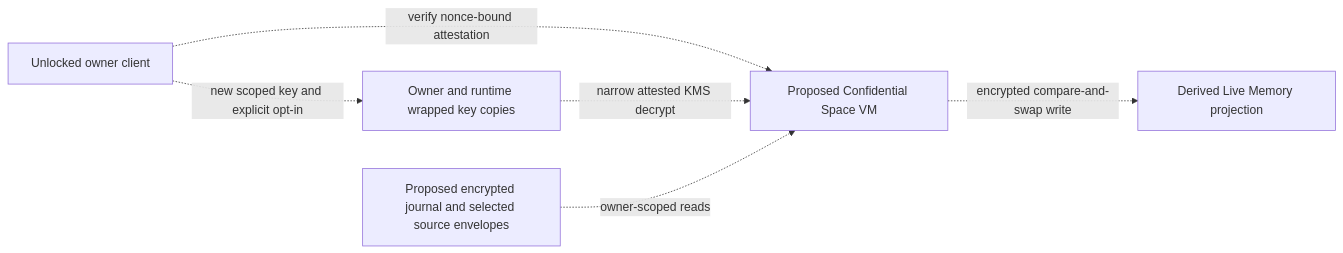
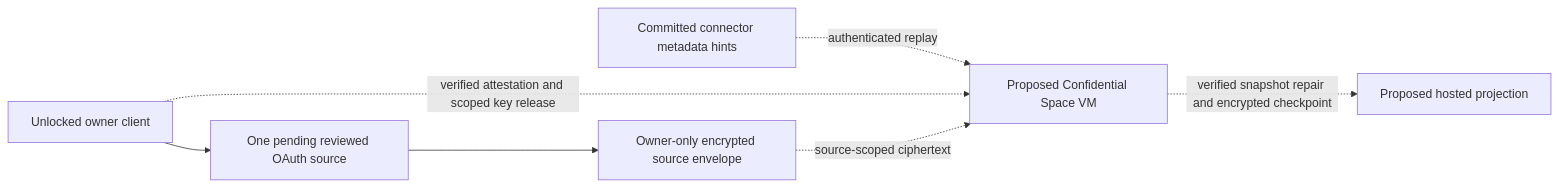
Before and after one commit to hushh-labs/hushh-research: the diagram in docs/reference/architecture/hosted-confidential-memory-custody-adr.md, drawn with Mermaid. The commit also changed other lines of this file and 26 other files, not shown here.

Commit message:
Stage owner-scoped encrypted hosted memory source

````diff
--- a/docs/reference/architecture/hosted-confidential-memory-custody-adr.md
+++ b/docs/reference/architecture/hosted-confidential-memory-custody-adr.md
@@ -9,8 +9,9 @@
 ```mermaid
 flowchart LR
-  Owner[Unlocked owner client] -. new scoped key and explicit opt-in .-> Wrapped[Owner and runtime wrapped key copies]
-  Owner -. verify nonce-bound attestation .-> VM[Proposed Confidential Space VM]
-  Wrapped -. narrow attested KMS decrypt .-> VM
-  Journal[Proposed encrypted journal and selected source envelopes] -. owner-scoped reads .-> VM
-  VM -. encrypted compare-and-swap write .-> Memory[Derived Live Memory projection]
+  Owner[Unlocked owner client] --> Review[One pending reviewed OAuth source]
+  Review --> Stage[Owner-only encrypted source envelope]
+  Journal[Committed connector metadata hints] -. authenticated replay .-> VM[Proposed Confidential Space VM]
+  Owner -. verified attestation and scoped key release .-> VM
+  Stage -. source-scoped ciphertext .-> VM
+  VM -. verified snapshot repair and encrypted checkpoint .-> Memory[Proposed hosted projection]
 ```
````
